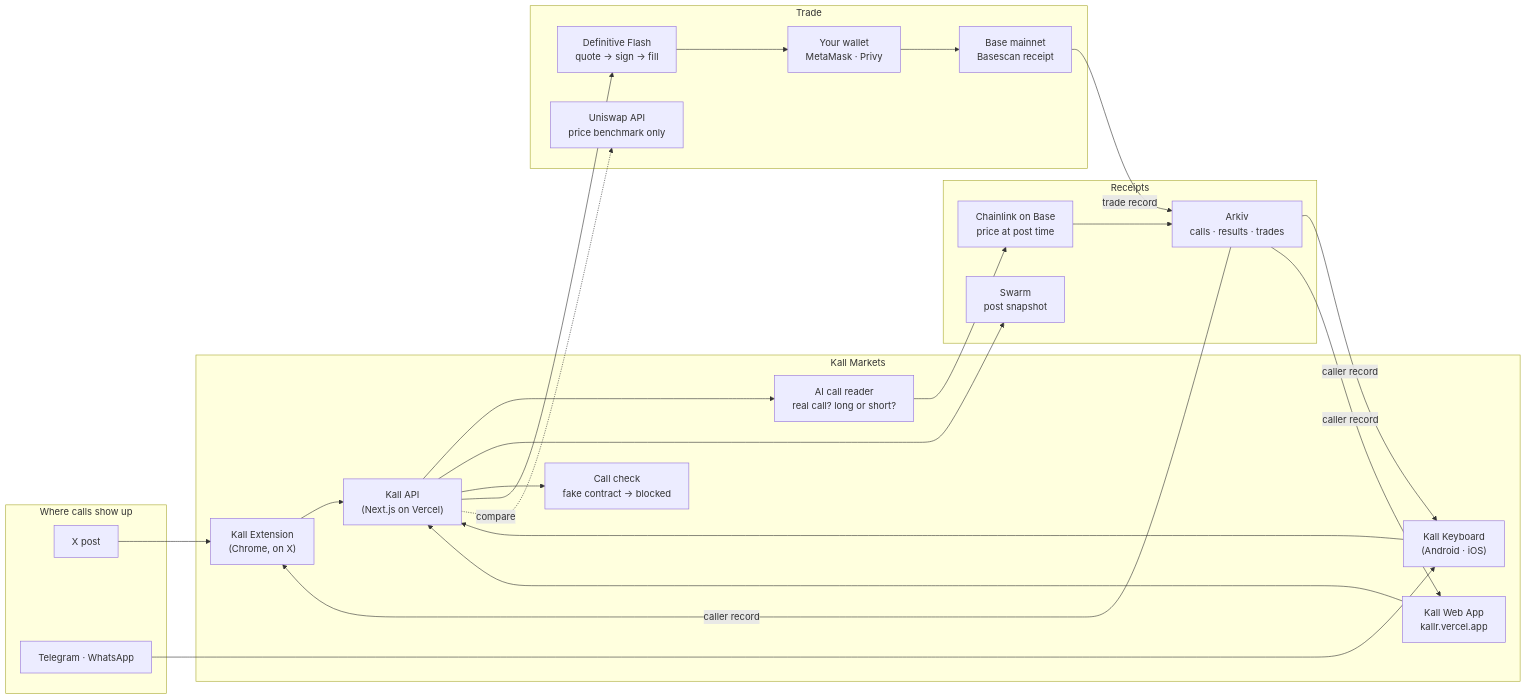
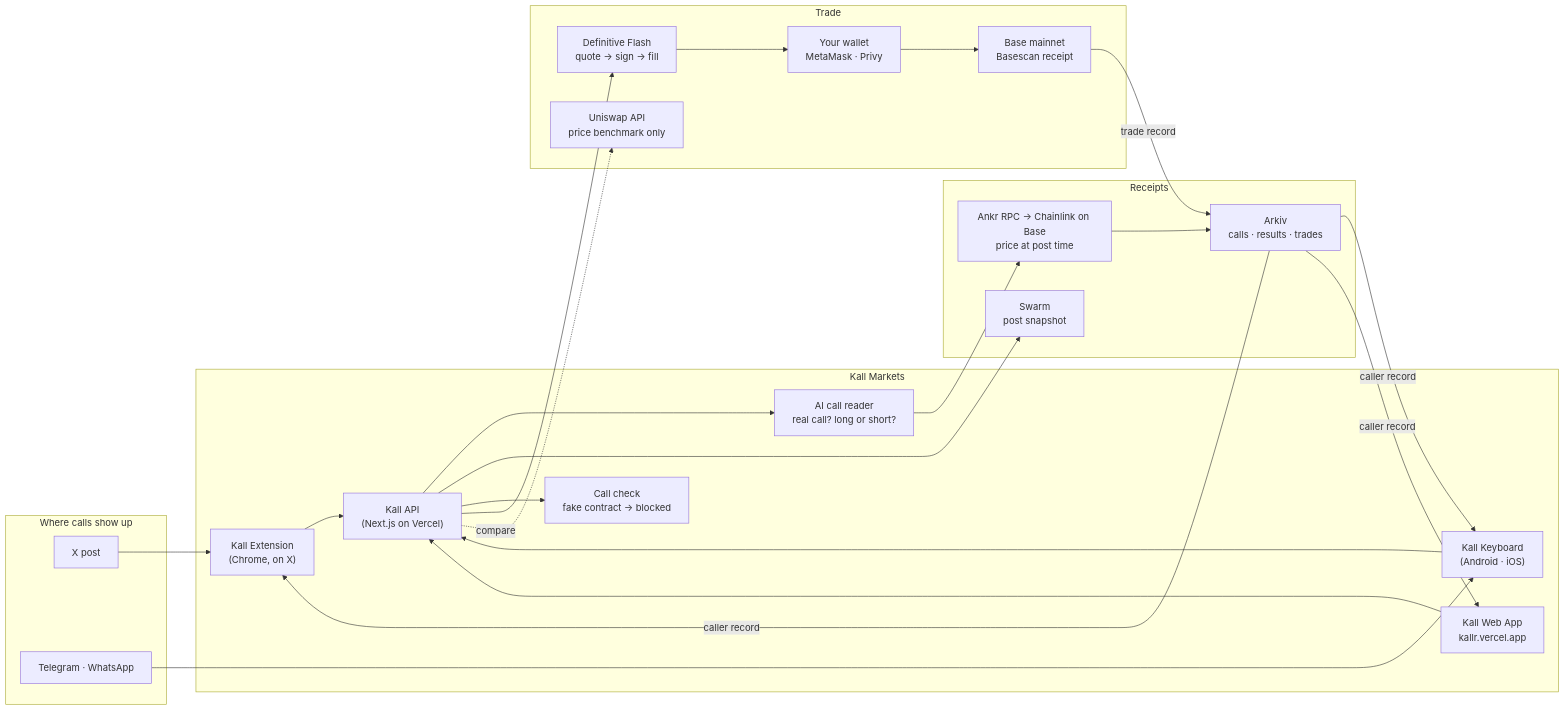
One commit to harshalbhangale/ethglobal-mumbai changed the diagram in README.md. Above: the diagram before and after it, drawn with Mermaid. The commit also changed other lines of this file and 6 other files, not shown here.

Commit message:
Architecture diagram (Definitive, Arkiv, Ankr) and Ankr-first Base RPC with public fallback

````diff
--- a/README.md
+++ b/README.md
@@ -47,41 +56,41 @@
 ```mermaid
 flowchart LR
   subgraph Where["Where calls show up"]
     X["X post"]
     TG["Telegram · WhatsApp"]
   end
 
   subgraph Kall["Kall Markets"]
     EXT["Kall Extension<br/>(Chrome, on X)"]
     KB["Kall Keyboard<br/>(Android · iOS)"]
     WEB["Kall Web App<br/>kallr.vercel.app"]
     API["Kall API<br/>(Next.js on Vercel)"]
     AI["AI call reader<br/>real call? long or short?"]
     CHECK["Call check<br/>fake contract → blocked"]
   end
 
   subgraph Proof["Receipts"]
-    CL["Chainlink on Base<br/>price at post time"]
+    CL["Ankr RPC → Chainlink on Base<br/>price at post time"]
     ARK["Arkiv<br/>calls · results · trades"]
     SW["Swarm<br/>post snapshot"]
   end
 
   subgraph Trade["Trade"]
     FL["Definitive Flash<br/>quote → sign → fill"]
     UNI["Uniswap API<br/>price benchmark only"]
     WAL["Your wallet<br/>MetaMask · Privy"]
     BASE["Base mainnet<br/>Basescan receipt"]
   end
 
   X --> EXT
   TG --> KB
   EXT & KB & WEB --> API
   API --> AI --> CL --> ARK
   API --> SW
   API --> CHECK
   ARK -->|caller record| EXT & KB & WEB
   API --> FL
   API -.->|compare| UNI
   FL --> WAL --> BASE
   BASE -->|trade record| ARK
 ```
````
